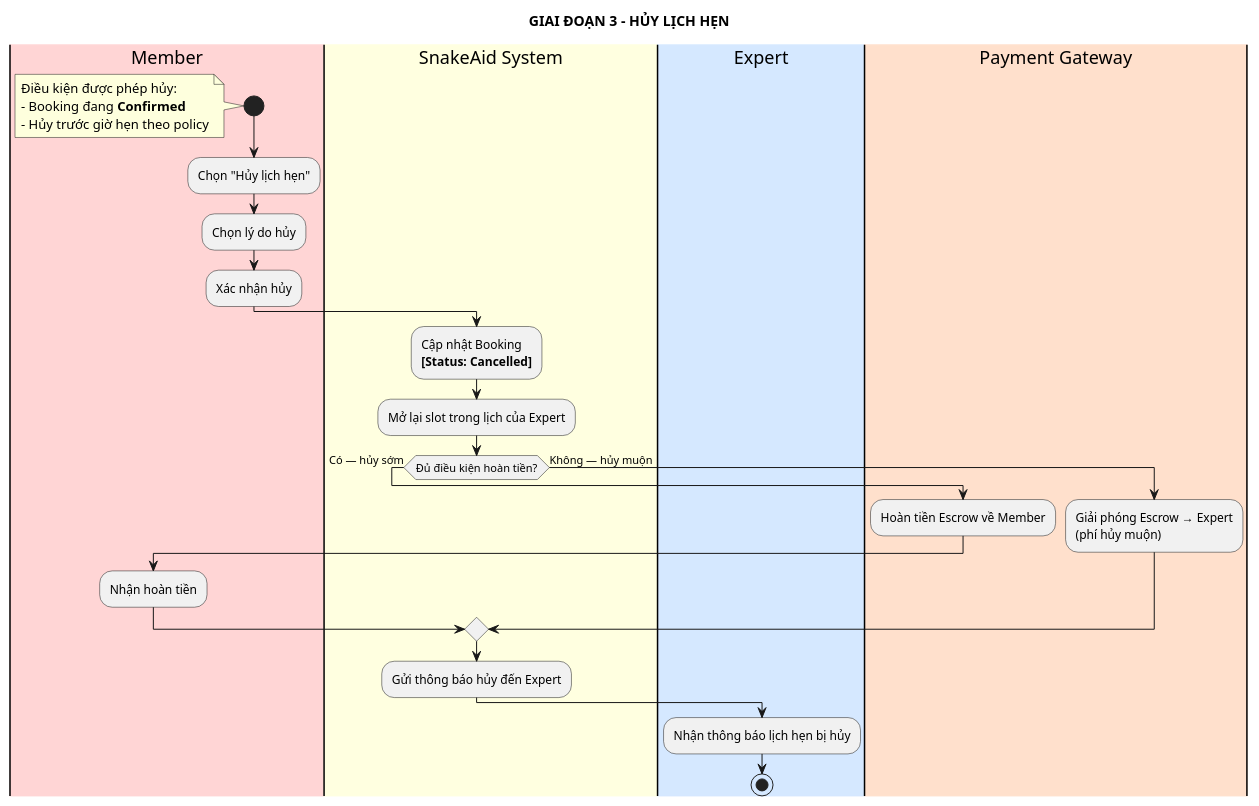
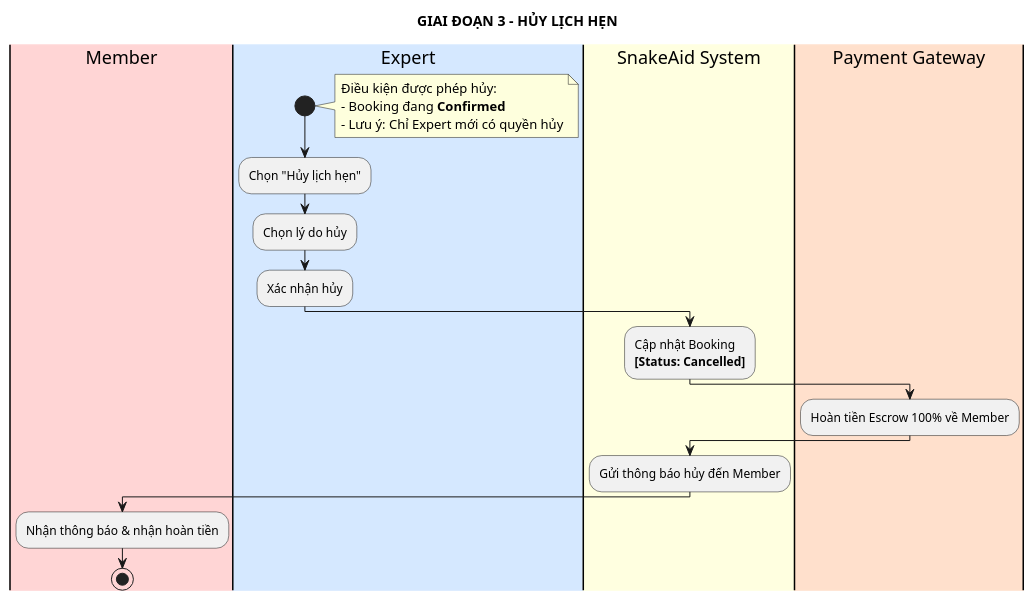
One commit to Snake-AID/SnakeAid.Mobile changed the fifth of 6 diagrams in docs/01-Requirements/Activity-Diagram/03-Activity-Consultation.md. Above: the diagram before and after it, drawn with PlantUML. The commit also changed other lines of this file and 1 other file, not shown here.

````diff
--- a/docs/01-Requirements/Activity-Diagram/03-Activity-Consultation.md
+++ b/docs/01-Requirements/Activity-Diagram/03-Activity-Consultation.md
@@ -293,45 +281,36 @@
 ```plantuml
 @startuml Phase-3-Cancel-Booking
 title GIAI ĐOẠN 3 - HỦY LỊCH HẸN
 
 |#FFD5D5|Member|
+|#D5E8FF|Expert|
 |#LightYellow|SnakeAid System|
-|#D5E8FF|Expert|
 |#FFE0CC|Payment Gateway|
 
-|Member|
+|Expert|
 start
-note left
+note right
   Điều kiện được phép hủy:
   - Booking đang **Confirmed**
-  - Hủy trước giờ hẹn theo policy
+  - Lưu ý: Chỉ Expert mới có quyền hủy
 end note
 :Chọn "Hủy lịch hẹn";
 :Chọn lý do hủy;
 :Xác nhận hủy;
 
 |SnakeAid System|
 :Cập nhật Booking
 **[Status: Cancelled]**;
-:Mở lại slot trong lịch của Expert;
 
-if (Đủ điều kiện hoàn tiền?) then (Có — hủy sớm)
-  |Payment Gateway|
-  :Hoàn tiền Escrow về Member;
-  |Member|
-  :Nhận hoàn tiền;
-else (Không — hủy muộn)
-  |Payment Gateway|
-  :Giải phóng Escrow → Expert
-  (phí hủy muộn);
-endif
+|Payment Gateway|
+:Hoàn tiền Escrow 100% về Member;
 
 |SnakeAid System|
-:Gửi thông báo hủy đến Expert;
+:Gửi thông báo hủy đến Member;
 
-|Expert|
-:Nhận thông báo lịch hẹn bị hủy;
+|Member|
+:Nhận thông báo & nhận hoàn tiền;
 
 stop
 @enduml
 ```
````
